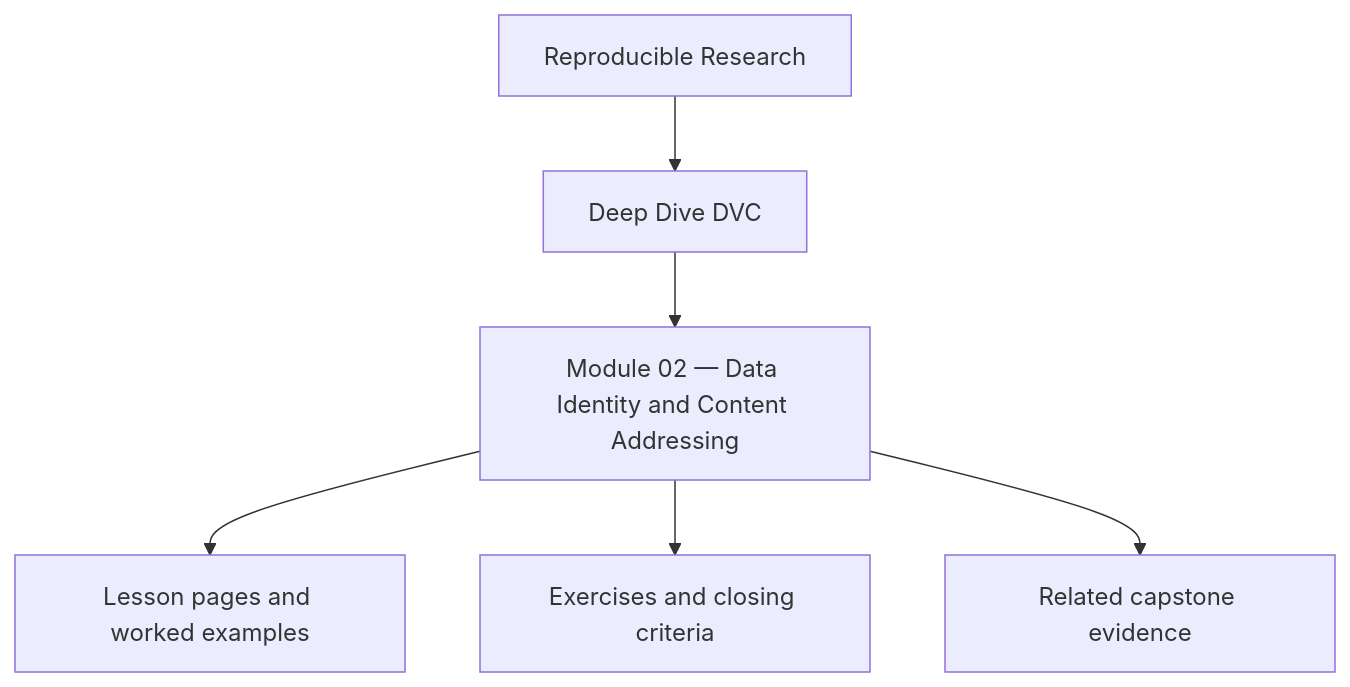
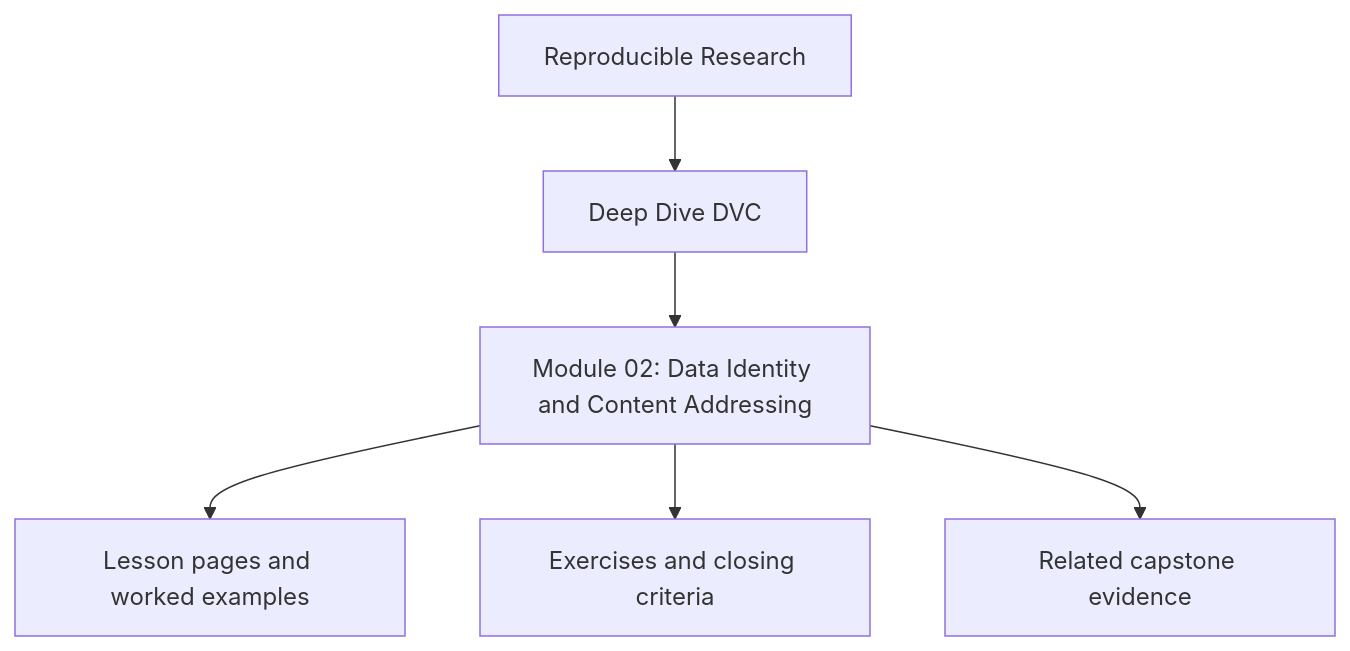
Before and after one commit to bijux/bijux-masterclass: the first of 4 diagrams in programs/reproducible-research/deep-dive-dvc/course-book/module-02-data-identity-and-content-addressing/index.md, drawn with Mermaid. The commit also changed other lines of this file and 241 other files, not shown here.

````diff
--- a/programs/reproducible-research/deep-dive-dvc/course-book/module-02-data-identity-and-content-addressing/index.md
+++ b/programs/reproducible-research/deep-dive-dvc/course-book/module-02-data-identity-and-content-addressing/index.md
@@ -7,8 +7,8 @@
 ```mermaid
 flowchart TD
   family["Reproducible Research"] --> program["Deep Dive DVC"]
-  program --> module["Module 02 — Data Identity and Content Addressing"]
+  program --> module["Module 02: Data Identity and Content Addressing"]
   module --> lessons["Lesson pages and worked examples"]
   module --> checkpoints["Exercises and closing criteria"]
   module --> capstone["Related capstone evidence"]
 ```
````
